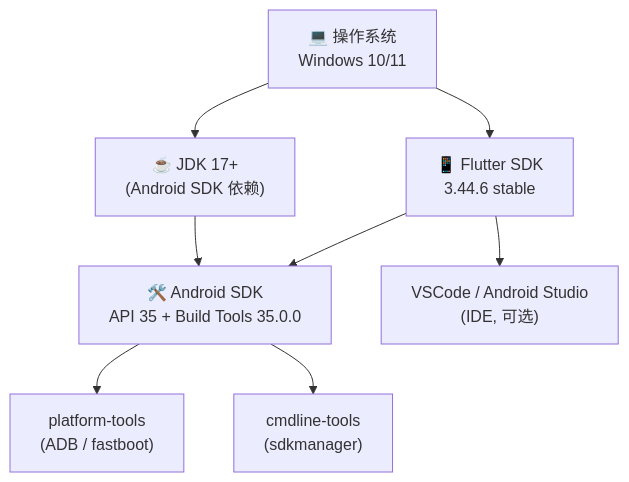
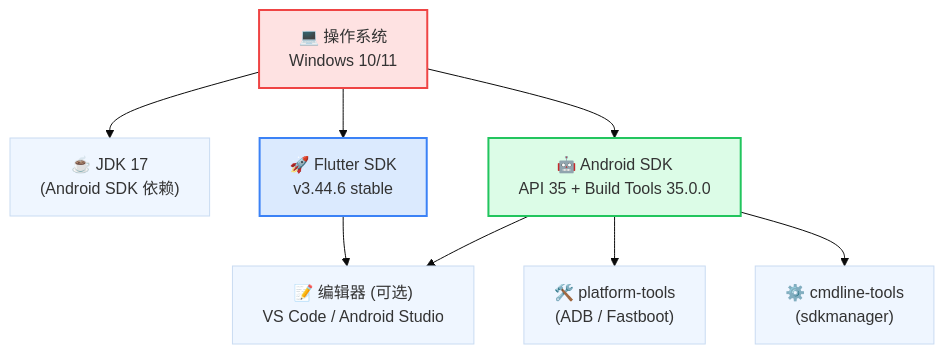
Before and after one commit to super-Lovely/Firefly: the first of 3 diagrams in src/content/posts/Flutter环境配置和Android开发环境配置.md, drawn with Mermaid. The commit also changed other lines of this file, not shown here.

Commit message:
Update Flutter and Android SDK setup guide for Windows 11; enhance clarity and structure

````diff
--- a/src/content/posts/Flutter环境配置和Android开发环境配置.md
+++ b/src/content/posts/Flutter环境配置和Android开发环境配置.md
@@ -26,10 +31,26 @@
 ```mermaid
-graph TD
-    A["💻 操作系统<br/>Windows 10/11"] --> B["☕ JDK 17+<br/>(Android SDK 依赖)"]
-    A --> C["📱 Flutter SDK<br/>3.44.6 stable"]
-    C --> D["🛠️ Android SDK<br/>API 35 + Build Tools 35.0.0"]
-    B --> D
-    D --> E["platform-tools<br/>(ADB / fastboot)"]
-    D --> F["cmdline-tools<br/>(sdkmanager)"]
-    C --> G["VSCode / Android Studio<br/>(IDE, 可选)"]
+%%{init: {'theme': 'base', 'themeVariables': { 'primaryColor': '#eff6ff', 'edgeColor': '#3b82f6' }}}%%
+flowchart TD
+    A["💻 操作系统<br>Windows 10/11"]
+    B["☕ JDK 17<br>(Android SDK 依赖)"]
+    C["🚀 Flutter SDK<br>v3.44.6 stable"]
+    D["🤖 Android SDK<br>API 35 + Build Tools 35.0.0"]
+    
+    E["🛠️ platform-tools<br>(ADB / Fastboot)"]
+    F["⚙️ cmdline-tools<br>(sdkmanager)"]
+    G["📝 编辑器 (可选)<br>VS Code / Android Studio"]
+
+    A --> B
+    A --> C
+    A --> D
+    
+    D --> E
+    D --> F
+    
+    C --> G
+    D --> G
+
+    style A fill:#fee2e2,stroke:#ef4444,stroke-width:2px
+    style C fill:#dbeafe,stroke:#3b82f6,stroke-width:2px
+    style D fill:#dcfce7,stroke:#22c55e,stroke-width:2px
 ```
````
